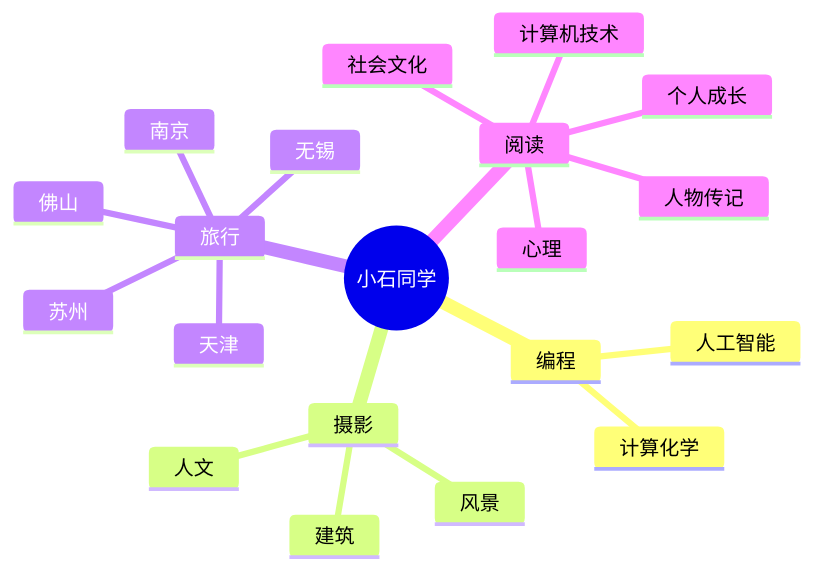
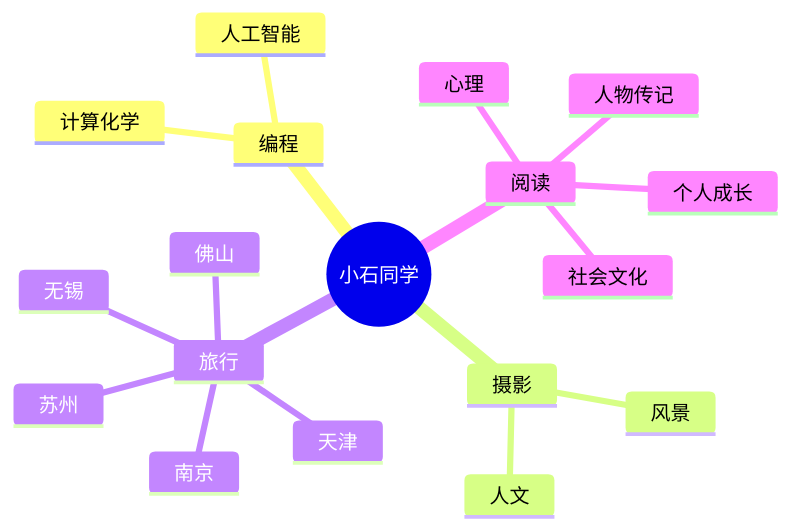
The diagram in README.md (Darker1095/Darker1095), drawn with Mermaid before and after one commit. The commit also changed other lines of this file, not shown here.

````diff
--- a/README.md
+++ b/README.md
@@ -147,23 +50,21 @@
 ```mermaid
 mindmap
   root((小石同学))
     编程
       计算化学
       人工智能
     摄影
       人文
-      建筑
       风景
     旅行
       苏州
       南京
       天津
       佛山
       无锡
     阅读
       人物传记
       个人成长
       社会文化
       心理
-      计算机技术
 ```
````
